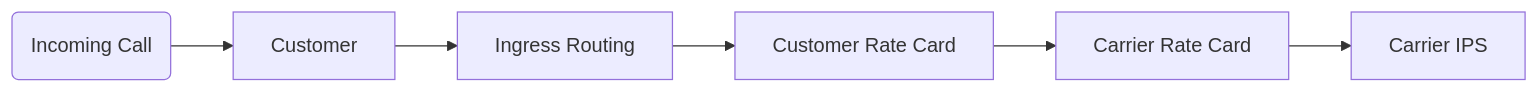
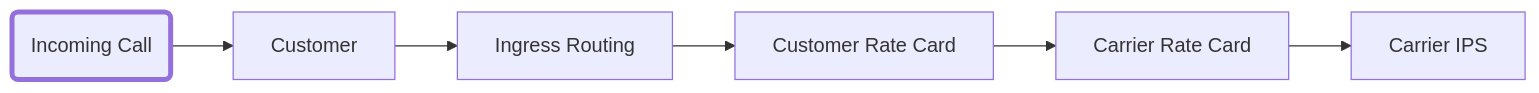
The diagram in docs/routing.md (connexcs/docs), drawn with Mermaid before and after one commit.

Commit message:
Update routing.md
testing mermaid formatting

````diff
--- a/docs/routing.md
+++ b/docs/routing.md
@@ -4,8 +4,9 @@
 ```mermaid
 graph LR
     A(Incoming Call) --> B[Customer]
+    style A stroke-width:4px
     B --> C[Ingress Routing]
     C --> D[Customer Rate Card]
     D --> E[Carrier Rate Card]
     E --> F[Carrier IPS]
 ```
````
